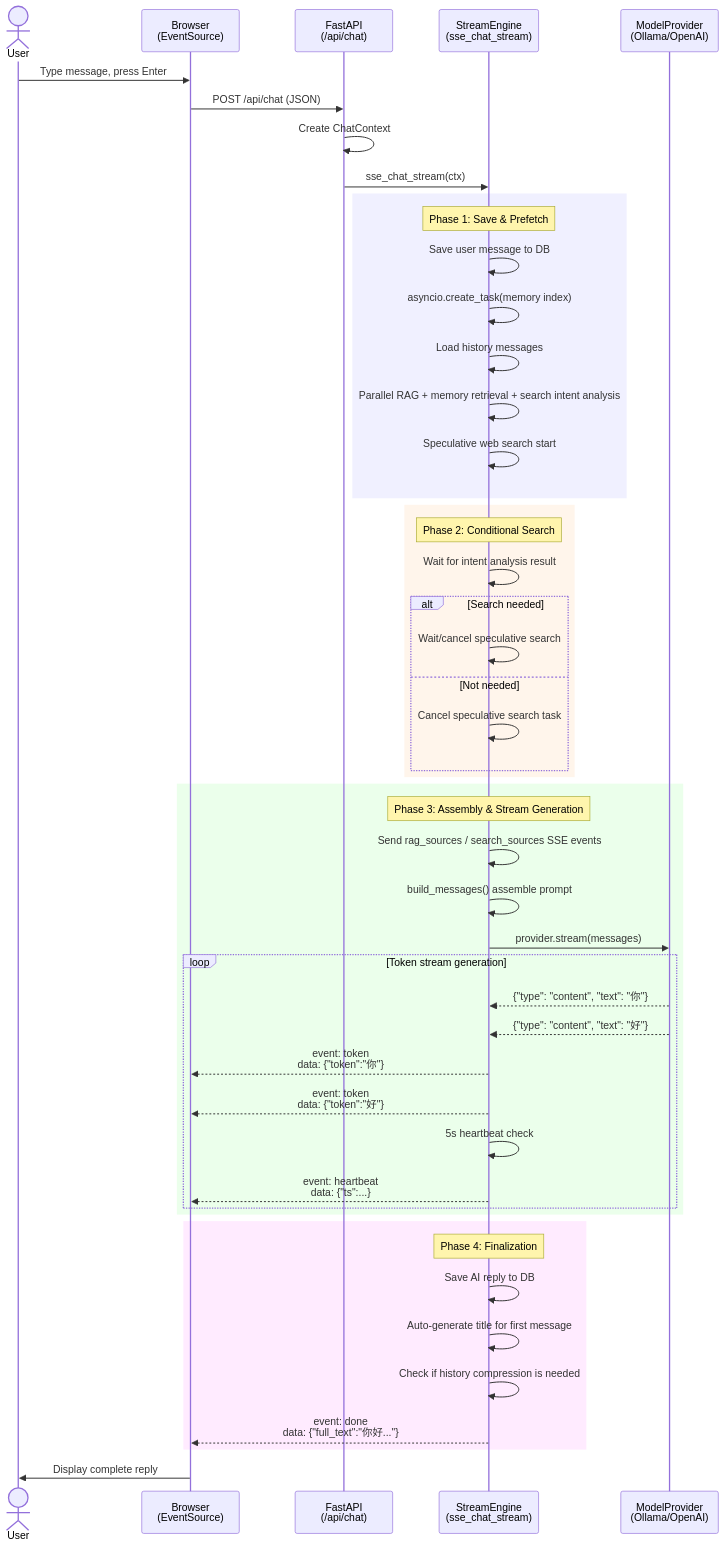
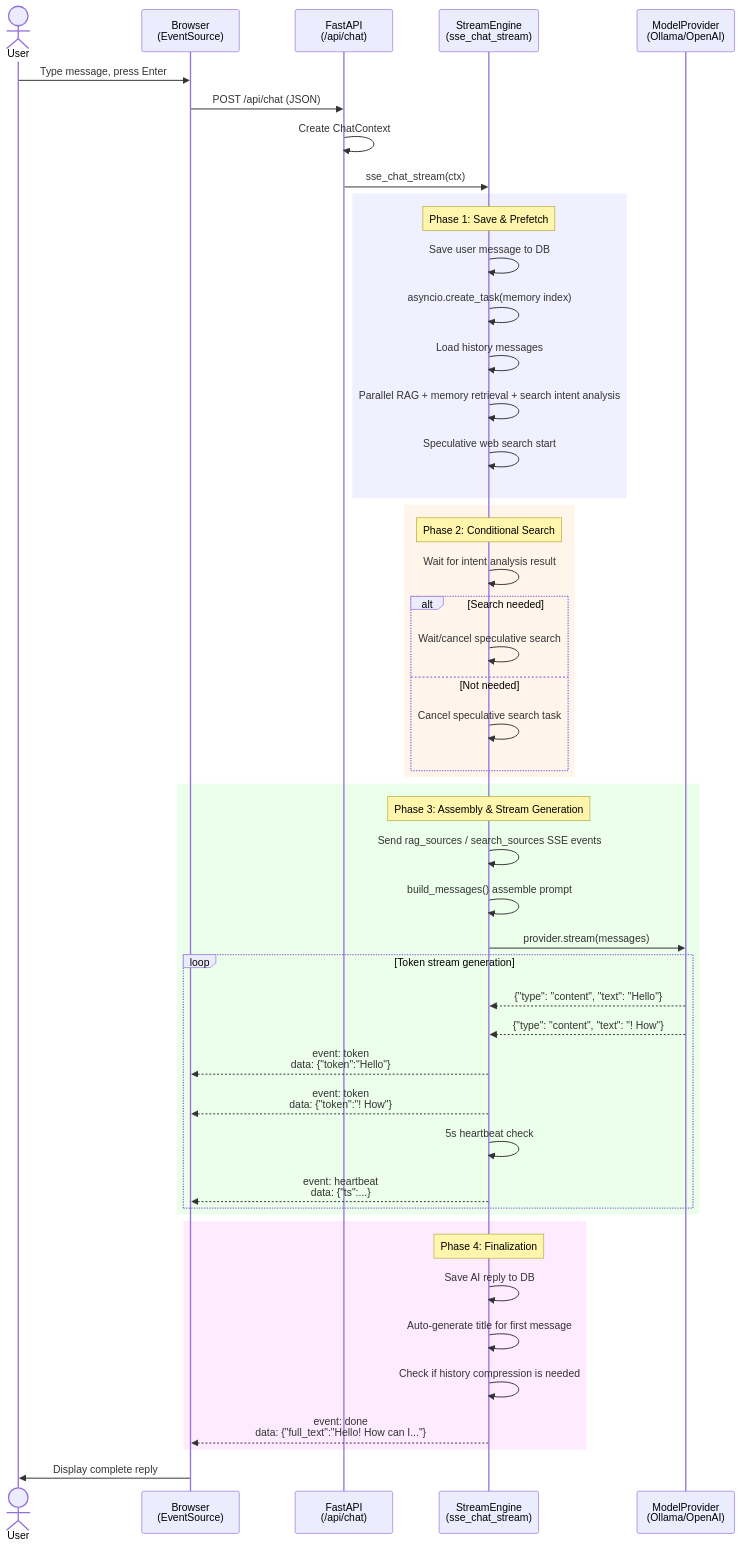
One commit to wangt610/AI-Intelligent-Assistant-1 changed the diagram in tutorial/en/06-streaming-chat-engine.md. Above: the diagram before and after it, drawn with Mermaid. The commit also changed other lines of this file and 4 other files, not shown here.

````diff
--- a/tutorial/en/06-streaming-chat-engine.md
+++ b/tutorial/en/06-streaming-chat-engine.md
@@ -23,57 +23,57 @@
 ```mermaid
 sequenceDiagram
     actor User
     participant FE as Browser<br/>(EventSource)
     participant BE as FastAPI<br/>(/api/chat)
     participant SE as StreamEngine<br/>(sse_chat_stream)
     participant MP as ModelProvider<br/>(Ollama/OpenAI)
     
     User->>FE: Type message, press Enter
     FE->>BE: POST /api/chat (JSON)
     BE->>BE: Create ChatContext
     BE->>SE: sse_chat_stream(ctx)
     
     rect rgb(240, 240, 255)
         Note over SE: Phase 1: Save & Prefetch
         SE->>SE: Save user message to DB
         SE->>SE: asyncio.create_task(memory index)
         SE->>SE: Load history messages
         SE->>SE: Parallel RAG + memory retrieval + search intent analysis
         SE->>SE: Speculative web search start
     end
     
     rect rgb(255, 245, 235)
         Note over SE: Phase 2: Conditional Search
         SE->>SE: Wait for intent analysis result
         alt Search needed
             SE->>SE: Wait/cancel speculative search
         else Not needed
             SE->>SE: Cancel speculative search task
         end
     end
     
     rect rgb(235, 255, 235)
         Note over SE: Phase 3: Assembly & Stream Generation
         SE->>SE: Send rag_sources / search_sources SSE events
         SE->>SE: build_messages() assemble prompt
         SE->>MP: provider.stream(messages)
         loop Token stream generation
-            MP-->>SE: {"type": "content", "text": "你"}
-            MP-->>SE: {"type": "content", "text": "好"}
-            SE-->>FE: event: token<br/>data: {"token":"你"}
-            SE-->>FE: event: token<br/>data: {"token":"好"}
+            MP-->>SE: {"type": "content", "text": "Hello"}
+            MP-->>SE: {"type": "content", "text": "! How"}
+            SE-->>FE: event: token<br/>data: {"token":"Hello"}
+            SE-->>FE: event: token<br/>data: {"token":"! How"}
             SE->>SE: 5s heartbeat check
             SE-->>FE: event: heartbeat<br/>data: {"ts":...}
         end
     end
     
     rect rgb(255, 235, 255)
         Note over SE: Phase 4: Finalization
         SE->>SE: Save AI reply to DB
         SE->>SE: Auto-generate title for first message
         SE->>SE: Check if history compression is needed
-        SE-->>FE: event: done<br/>data: {"full_text":"你好..."}
+            SE-->>FE: event: done<br/>data: {"full_text":"Hello! How can I..."}
     end
     
     FE->>User: Display complete reply
 ```
````
